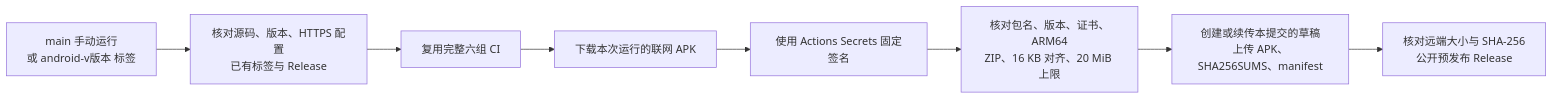
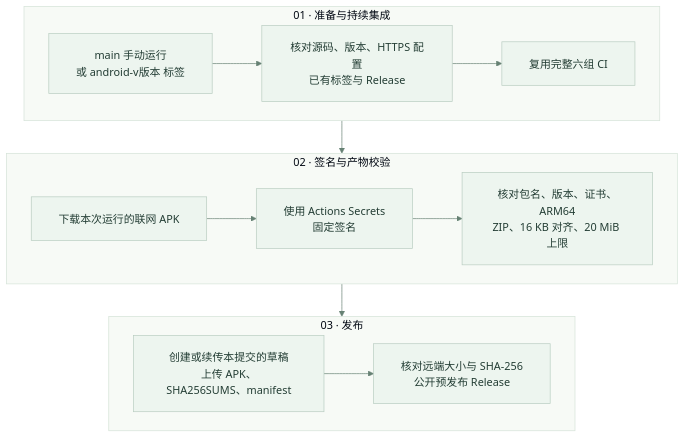
The fourth of 4 diagrams in docs/ARCHITECTURE.md (Green-hats/NutriGo), drawn with Mermaid before and after one commit. The commit also changed other lines of this file and 11 other files, not shown here.

Commit message:
docs: redesign architecture diagrams and unify visual style

````diff
--- a/docs/ARCHITECTURE.md
+++ b/docs/ARCHITECTURE.md
@@ -335,10 +347,17 @@
 ```mermaid
-flowchart LR
-    Trigger["main 手动运行<br/>或 android-v版本 标签"] --> Prepare["核对源码、版本、HTTPS 配置<br/>已有标签与 Release"]
-    Prepare --> CI["复用完整六组 CI"]
-    CI --> Download["下载本次运行的联网 APK"]
-    Download --> Sign["使用 Actions Secrets 固定签名"]
-    Sign --> Verify["核对包名、版本、证书、ARM64<br/>ZIP、16 KB 对齐、20 MiB 上限"]
-    Verify --> Draft["创建或续传本提交的草稿<br/>上传 APK、SHA256SUMS、manifest"]
-    Draft --> Publish["核对远端大小与 SHA-256<br/>公开预发布 Release"]
+%%{init: {"theme":"base","themeVariables":{"fontFamily":"Arial, PingFang SC, Microsoft YaHei","fontSize":"16px","primaryColor":"#edf5ef","primaryTextColor":"#233d34","primaryBorderColor":"#b8ccc0","lineColor":"#668174","secondaryColor":"#eef4fa","tertiaryColor":"#fff8ed","clusterBkg":"#f7faf6","clusterBorder":"#d4e2d7","edgeLabelBackground":"#ffffff","actorBkg":"#eaf3ec","actorBorder":"#b8ccc0","actorTextColor":"#233d34","signalColor":"#557668","signalTextColor":"#233d34","noteBkgColor":"#fff7e8","noteTextColor":"#754f28","noteBorderColor":"#ddc6a7","activationBkgColor":"#e6f2f0","activationBorderColor":"#88b5ad"},"flowchart":{"curve":"basis","padding":20,"nodeSpacing":36,"rankSpacing":48},"sequence":{"actorMargin":36,"width":160,"height":60,"boxMargin":12,"messageMargin":35,"noteMargin":12,"mirrorActors":false}}}%%
+flowchart TB
+    subgraph PrepareStage["01 · 准备与持续集成"]
+        direction LR
+        Trigger["main 手动运行<br/>或 android-v版本 标签"] --> Prepare["核对源码、版本、HTTPS 配置<br/>已有标签与 Release"] --> CI["复用完整六组 CI"]
+    end
+    subgraph BuildStage["02 · 签名与产物校验"]
+        direction LR
+        Download["下载本次运行的联网 APK"] --> Sign["使用 Actions Secrets<br/>固定签名"] --> Verify["核对包名、版本、证书、ARM64<br/>ZIP、16 KB 对齐、20 MiB 上限"]
+    end
+    subgraph ReleaseStage["03 · 发布"]
+        direction LR
+        Draft["创建或续传本提交的草稿<br/>上传 APK、SHA256SUMS、manifest"] --> Publish["核对远端大小与 SHA-256<br/>公开预发布 Release"]
+    end
+    PrepareStage --> BuildStage --> ReleaseStage
 ```
````
